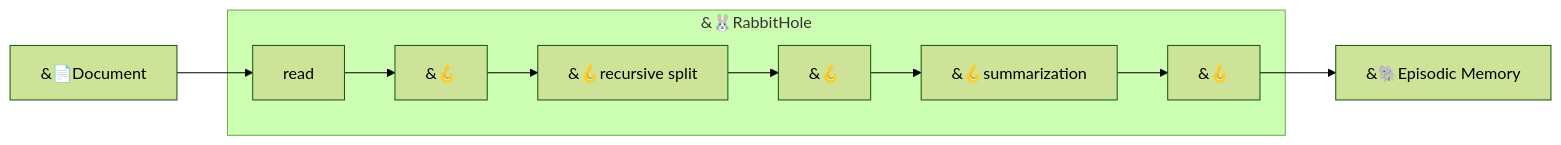
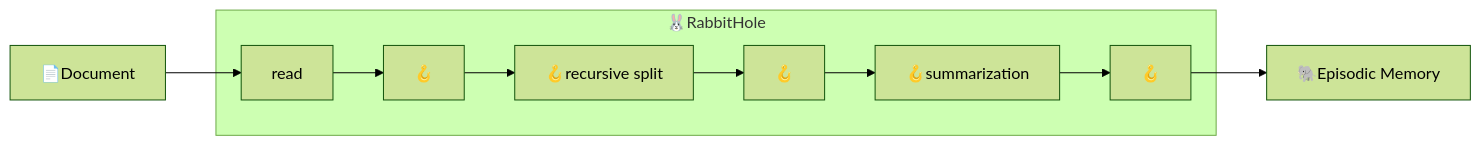
Before and after one commit to cheshire-cat-ai/docs: the diagram in mkdocs/conceptual/cheshire_cat/rabbit_hole.md, drawn with Mermaid (forest theme). The commit also changed 6 other files, not shown here.

Commit message:
fixed & in mermaid's emoji

````diff
--- a/mkdocs/conceptual/cheshire_cat/rabbit_hole.md
+++ b/mkdocs/conceptual/cheshire_cat/rabbit_hole.md
@@ -13,13 +13,13 @@
 ```mermaid
 
 flowchart LR
-A["&#128196;Document"] --> B[read];
-subgraph rb ["&#128048;RabbitHole"]
-B[read] --> C["&#129693;"];
-C["&#129693;"] --> D[recursive split];
-D["&#129693;recursive split"] --> E["&#129693;"];
-E["&#129693;"] --> F["&#129693;summarization"];
-F["&#129693;summarization"] --> G["&#129693;"];
+A["#128196;Document"] --> B[read];
+subgraph rb ["#128048;RabbitHole"]
+B[read] --> C["#129693;"];
+C["#129693;"] --> D[recursive split];
+D["#129693;recursive split"] --> E["#129693;"];
+E["#129693;"] --> F["#129693;summarization"];
+F["#129693;summarization"] --> G["#129693;"];
 end
-G["&#129693;"] --> H["&#128024;Episodic Memory"] 
+G["#129693;"] --> H["#128024;Episodic Memory"] 
 ```
````
